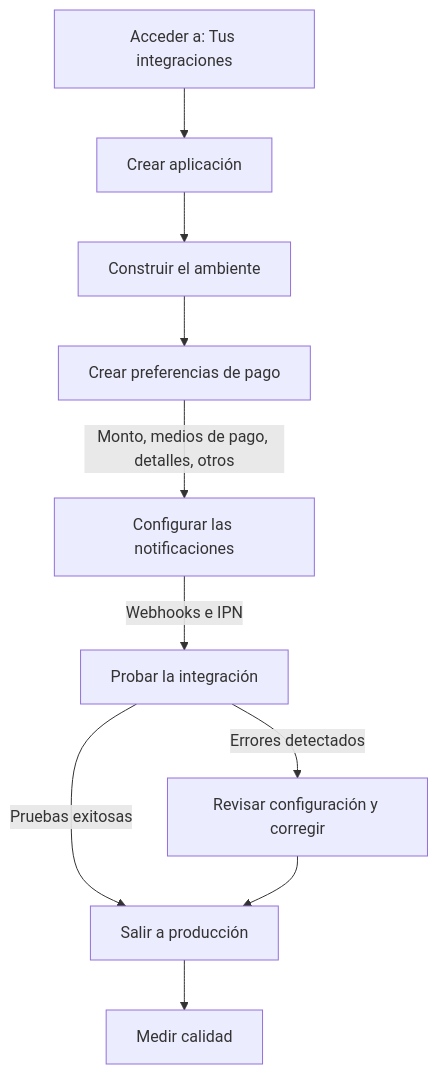
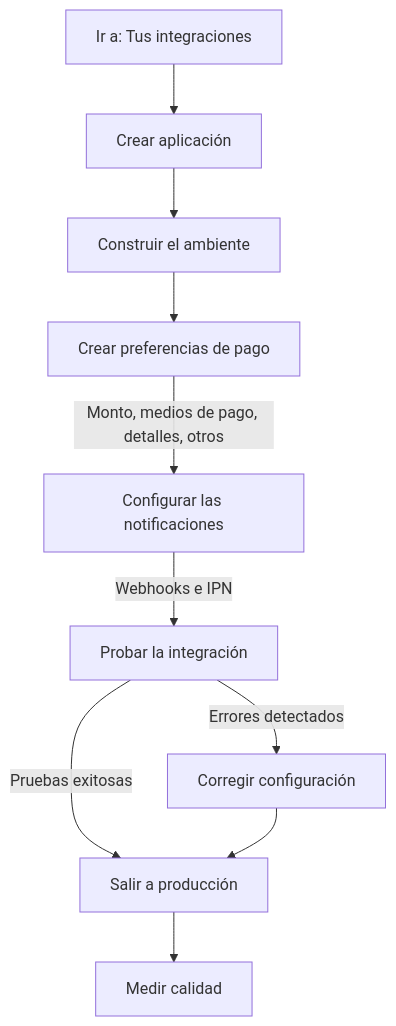
Before and after one commit to 22Neves/devsite-docs: the diagram in guides/checkout-pro/overview.es.md, drawn with Mermaid. The commit also changed 2 other files, not shown here.

Commit message:
fix por feedbacks UX

```diff
--- a/guides/checkout-pro/overview.es.md
+++ b/guides/checkout-pro/overview.es.md
@@ -166,12 +166,12 @@
   <pre class="mermaid">
   flowchart TD
-            A["Acceder a: Tus integraciones"] --> B["Crear aplicación"]
+            A["Ir a: Tus integraciones"] --> B["Crear aplicación"]
             B --> C["Construir el ambiente"]
             C --> D["Crear preferencias de pago"]
             D -- Monto, medios de pago, detalles, otros --> F["Configurar las notificaciones"]
             F -- Webhooks e IPN --> E["Probar la integración"]
             E -- Pruebas exitosas --> H["Salir a producción"]
-            E -- Errores detectados --> I["Revisar configuración y corregir"]
+            E -- Errores detectados --> I["Corregir configuración"]
             I --> H
             H --> J["Medir calidad"]
   </pre>
```
